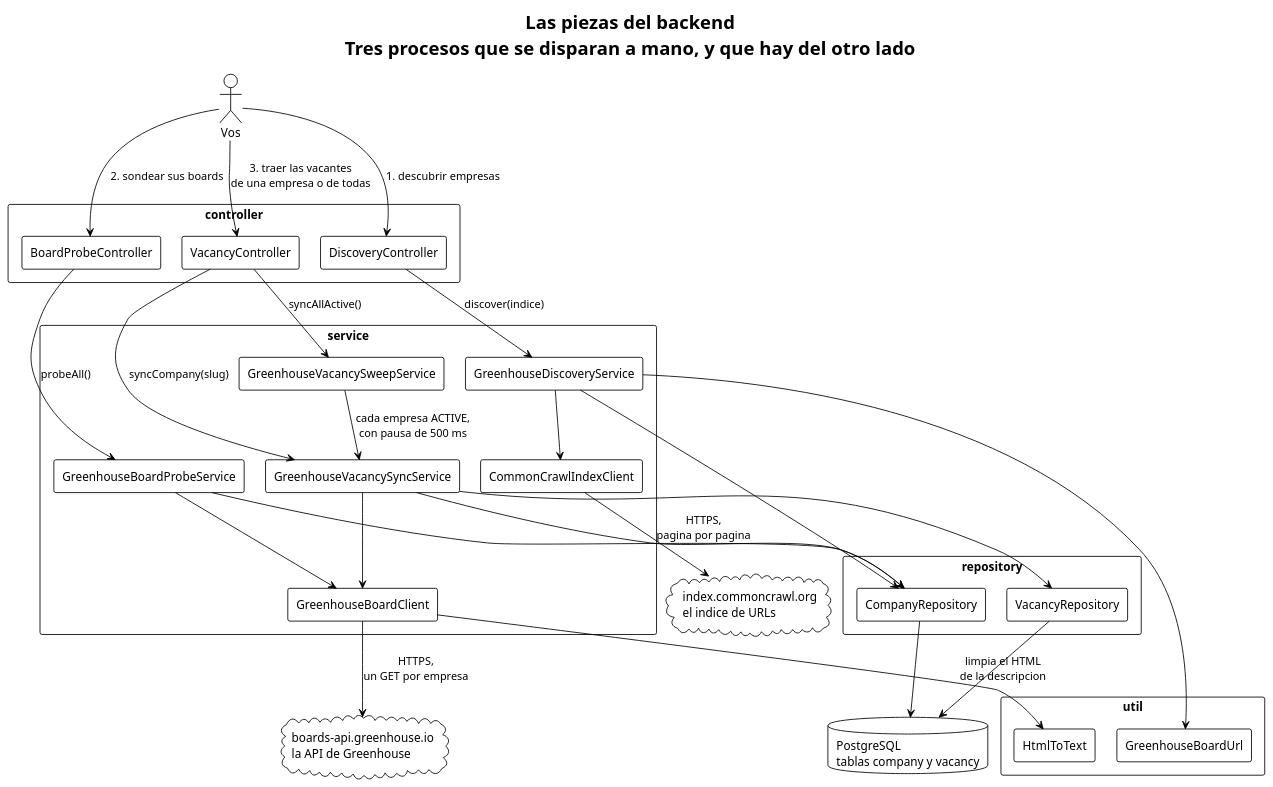
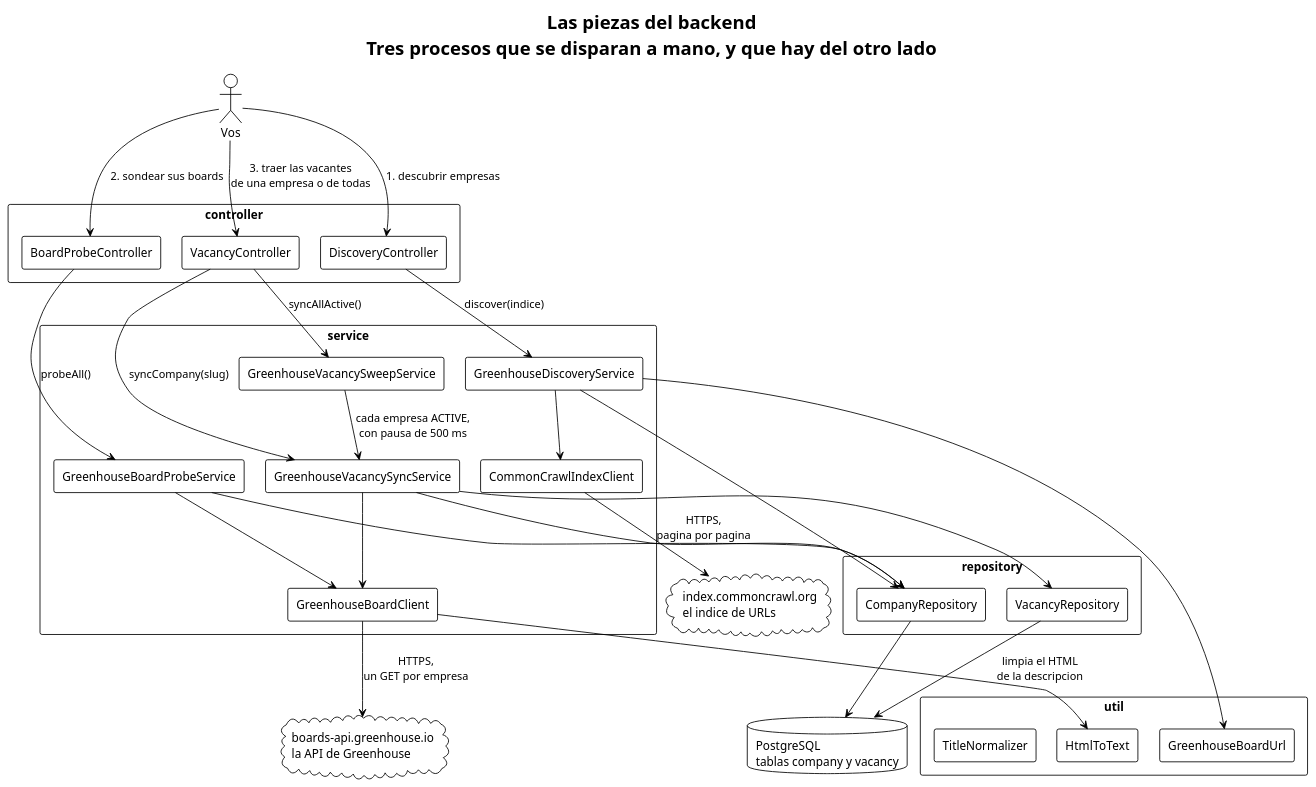
One commit to EliasNAires/oneprofile changed the diagram in docs/para-humanos/diagramas/panorama.puml. Above: the diagram before and after it, drawn with PlantUML. The commit also changed 6 other files, not shown here.

```diff
--- a/docs/para-humanos/diagramas/panorama.puml
+++ b/docs/para-humanos/diagramas/panorama.puml
@@ -1,66 +1,67 @@
 @startuml panorama
 !theme plain
 title Las piezas del backend\nTres procesos que se disparan a mano, y que hay del otro lado
 
 skinparam componentStyle rectangle
 skinparam shadowing false
 skinparam nodesep 25
 skinparam ranksep 45
 
 actor "Vos" as you
 
 rectangle "controller" {
   [DiscoveryController] as ctrl
   [BoardProbeController] as probeCtrl
   [VacancyController] as vacCtrl
 }
 
 rectangle "service" {
   [GreenhouseDiscoveryService] as svc
   [CommonCrawlIndexClient] as client
   [GreenhouseBoardProbeService] as probeSvc
   [GreenhouseVacancySyncService] as vacSvc
   [GreenhouseVacancySweepService] as sweepSvc
   [GreenhouseBoardClient] as boardClient
 }
 
 rectangle "util" {
   [GreenhouseBoardUrl] as url
   [HtmlToText] as html
+  [TitleNormalizer] as titleNorm
 }
 
 rectangle "repository" {
   [CompanyRepository] as repo
   [VacancyRepository] as vacRepo
 }
 
 cloud "index.commoncrawl.org\nel indice de URLs" as cc
 cloud "boards-api.greenhouse.io\nla API de Greenhouse" as gh
 database "PostgreSQL\ntablas company y vacancy" as db
 
 you --> ctrl : 1. descubrir empresas
 you --> probeCtrl : 2. sondear sus boards
 you --> vacCtrl : 3. traer las vacantes\nde una empresa o de todas
 
 ctrl --> svc : discover(indice)
 probeCtrl --> probeSvc : probeAll()
 vacCtrl --> vacSvc : syncCompany(slug)
 vacCtrl --> sweepSvc : syncAllActive()
 sweepSvc --> vacSvc : cada empresa ACTIVE,\ncon pausa de 500 ms
 
 svc --> client
 svc --> url
 svc --> repo
 probeSvc --> boardClient
 probeSvc --> repo
 vacSvc --> boardClient
 vacSvc --> repo
 vacSvc --> vacRepo
 
 client --> cc : HTTPS,\npagina por pagina
 boardClient --> gh : HTTPS,\nun GET por empresa
 boardClient --> html : limpia el HTML\nde la descripcion
 repo --> db
 vacRepo --> db
 
 @enduml
```
